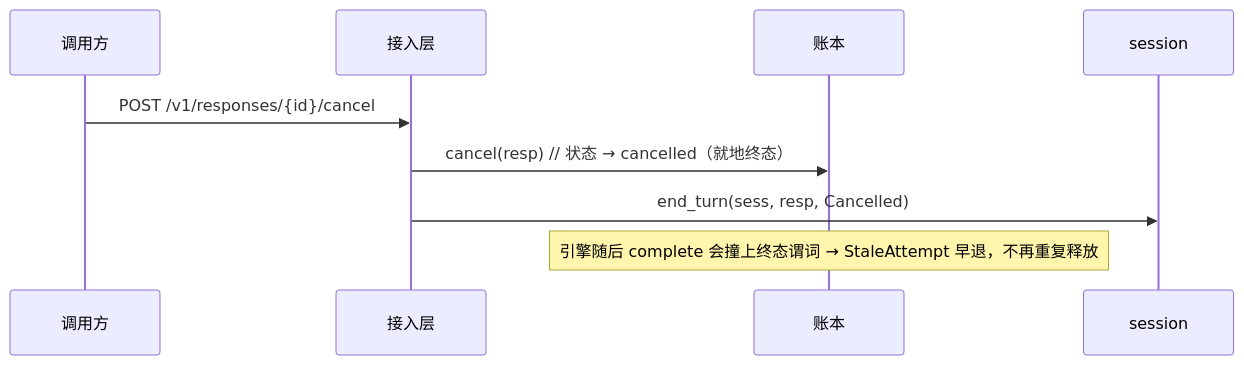
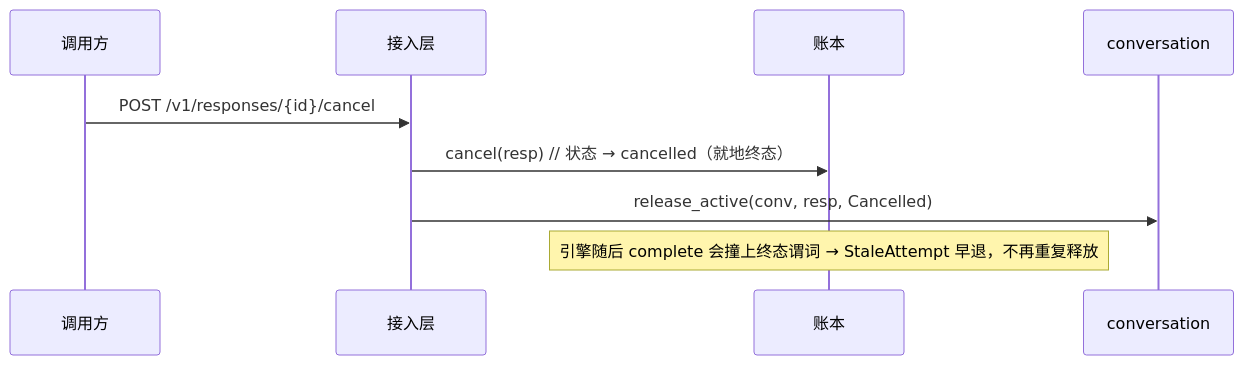
One commit to charleslyh/nova-chat changed the third of 6 diagrams in docs/design/07-conversations-and-sessions.md. Above: the diagram before and after it, drawn with Mermaid. The commit also changed other lines of this file and 58 other files, not shown here.

````diff
--- a/docs/design/07-conversations-and-sessions.md
+++ b/docs/design/07-conversations-and-sessions.md
@@ -123,12 +104,12 @@
 ```mermaid
 sequenceDiagram
     participant C as 调用方
     participant GW as 接入层
     participant LED as 账本
-    participant SES as session
+    participant CVS as conversation
 
     C->>GW: POST /v1/responses/{id}/cancel
-    GW->>LED: cancel(resp)                 // 状态 → cancelled（就地终态）
-    GW->>SES: end_turn(sess, resp, Cancelled)
+    GW->>LED: cancel(resp)                    // 状态 → cancelled（就地终态）
+    GW->>CVS: release_active(conv, resp, Cancelled)
     Note over LED: 引擎随后 complete 会撞上终态谓词 → StaleAttempt 早退，不再重复释放
 ```
````
